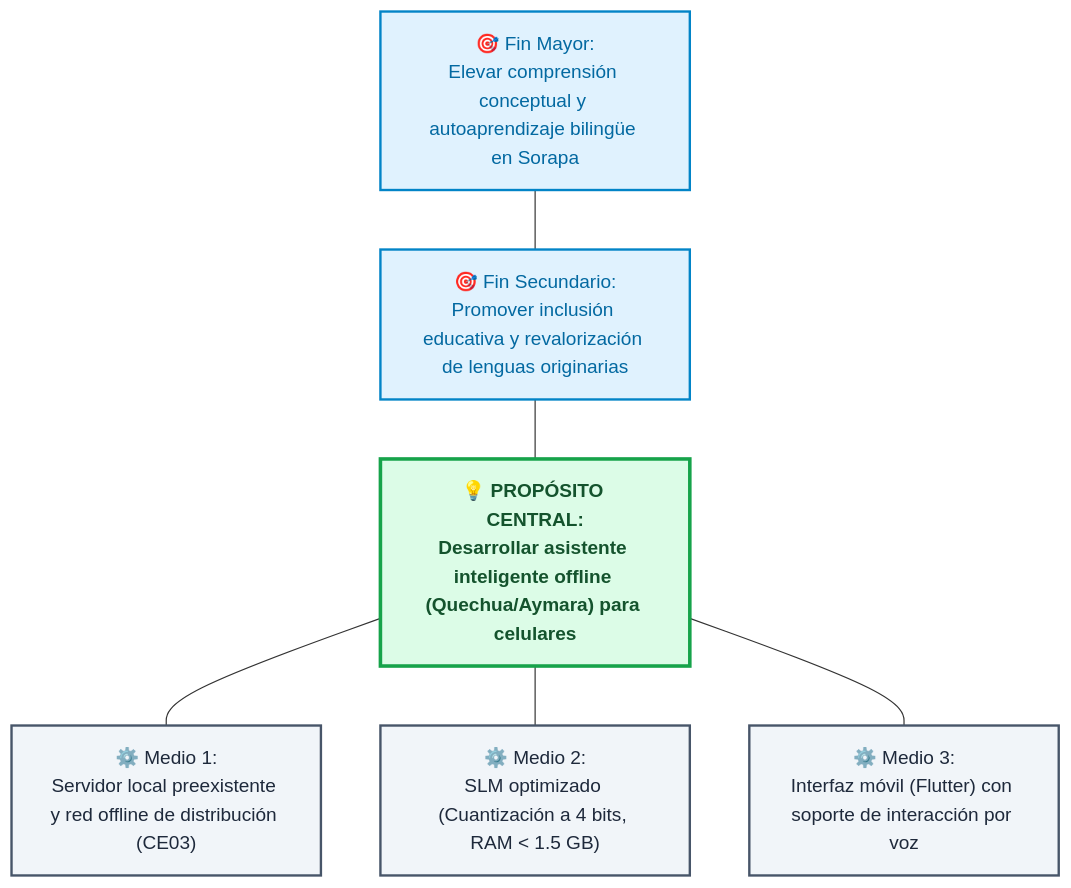
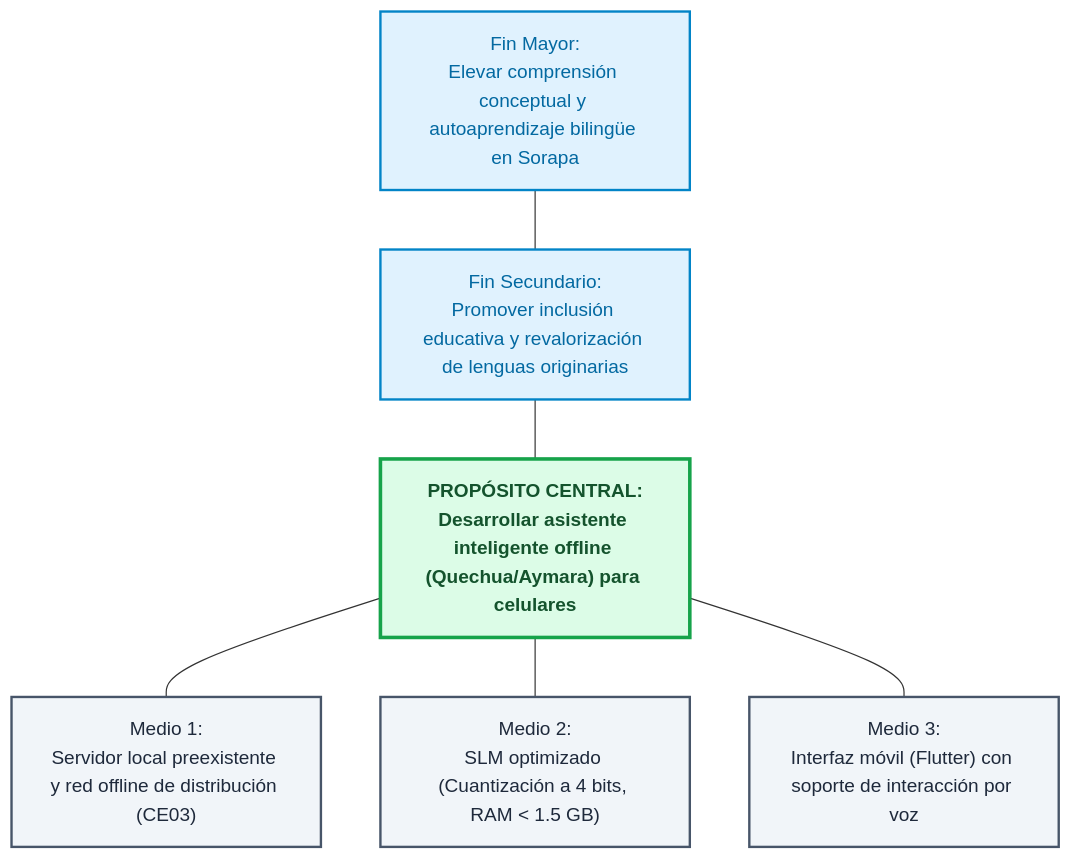
The first of 4 diagrams in docs/ChristianRafaelMamaniCallata/entregable2.md (jhanslarico11/Perfil-de-Egreso), drawn with Mermaid before and after one commit. The commit also changed other lines of this file and 4 other files, not shown here.

Commit message:
Remocion de emojis de los diagramas Mermaid para una apariencia academica limpia

````diff
--- a/docs/ChristianRafaelMamaniCallata/entregable2.md
+++ b/docs/ChristianRafaelMamaniCallata/entregable2.md
@@ -131,23 +131,23 @@
 ```mermaid
 graph TD
     classDef fin fill:#e0f2fe,stroke:#0284c7,stroke-width:2px,color:#0369a1;
     classDef prop fill:#dcfce7,stroke:#16a34a,stroke-width:3px,color:#14532d,font-weight:bold;
     classDef medio fill:#f1f5f9,stroke:#475569,stroke-width:2px,color:#1e293b;
 
     %% Nodos
-    F1["🎯 Fin Mayor:<br>Elevar comprensión conceptual y autoaprendizaje bilingüe en Sorapa"]:::fin
-    F2["🎯 Fin Secundario:<br>Promover inclusión educativa y revalorización de lenguas originarias"]:::fin
+    F1["Fin Mayor:<br>Elevar comprensión conceptual y autoaprendizaje bilingüe en Sorapa"]:::fin
+    F2["Fin Secundario:<br>Promover inclusión educativa y revalorización de lenguas originarias"]:::fin
 
-    PC["💡 PROPÓSITO CENTRAL:<br>Desarrollar asistente inteligente offline (Quechua/Aymara) para celulares"]:::prop
+    PC["PROPÓSITO CENTRAL:<br>Desarrollar asistente inteligente offline (Quechua/Aymara) para celulares"]:::prop
 
-    M1["⚙️ Medio 1:<br>Servidor local preexistente y red offline de distribución (CE03)"]:::medio
-    M2["⚙️ Medio 2:<br>SLM optimizado (Cuantización a 4 bits, RAM < 1.5 GB)"]:::medio
-    M3["⚙️ Medio 3:<br>Interfaz móvil (Flutter) con soporte de interacción por voz"]:::medio
+    M1["Medio 1:<br>Servidor local preexistente y red offline de distribución (CE03)"]:::medio
+    M2["Medio 2:<br>SLM optimizado (Cuantización a 4 bits, RAM < 1.5 GB)"]:::medio
+    M3["Medio 3:<br>Interfaz móvil (Flutter) con soporte de interacción por voz"]:::medio
 
     %% Enlaces
     F1 --- F2
     F2 --- PC
     PC --- M1
     PC --- M2
     PC --- M3
 ```
````
